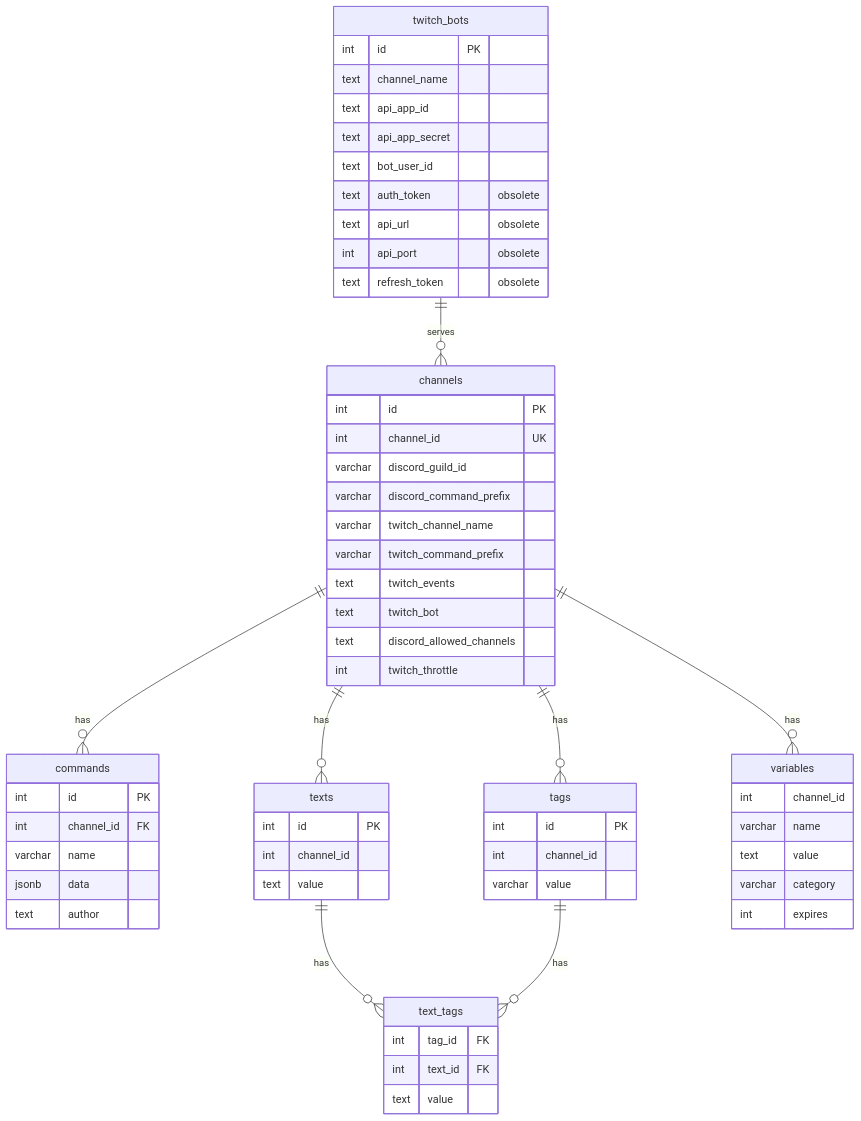
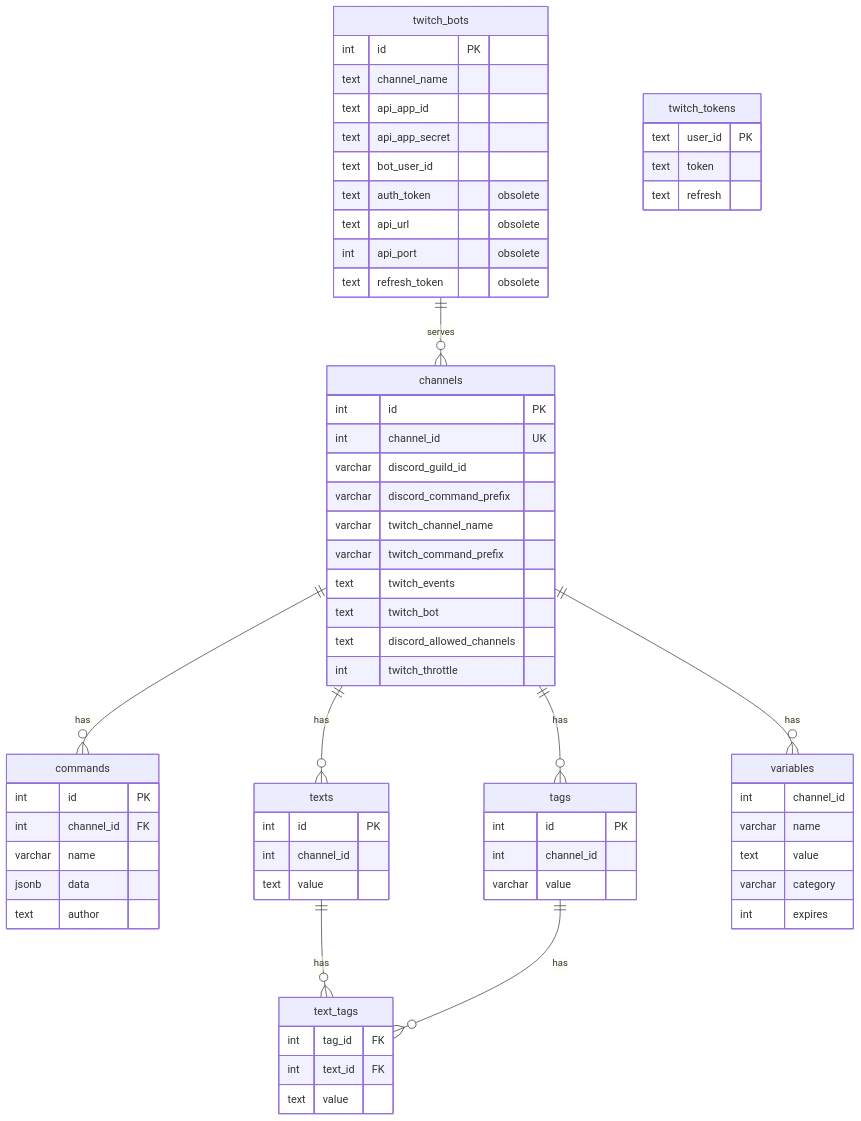
The third of 3 diagrams in docs/architecture.md (metaflow/moon-rabbit), drawn with Mermaid before and after one commit. The commit also changed 7 other files, not shown here.

````diff
--- a/docs/architecture.md
+++ b/docs/architecture.md
@@ -105,69 +105,75 @@
 ```mermaid
 erDiagram
     channels {
         int id PK
         int channel_id UK
         varchar discord_guild_id
         varchar discord_command_prefix
         varchar twitch_channel_name
         varchar twitch_command_prefix
         text twitch_events
         text twitch_bot
         text discord_allowed_channels
         int twitch_throttle
     }
 
     commands {
         int id PK
         int channel_id FK
         varchar name
         jsonb data
         text author
     }
 
     texts {
         int id PK
         int channel_id
         text value
     }
 
     tags {
         int id PK
         int channel_id
         varchar value
     }
 
     text_tags {
         int tag_id FK
         int text_id FK
         text value
     }
 
     variables {
         int channel_id
         varchar name
         text value
         varchar category
         int expires
     }
 
     twitch_bots {
         int id PK
         text channel_name
         text api_app_id
         text api_app_secret
         text bot_user_id
         text auth_token "obsolete"
         text api_url "obsolete"
         int api_port "obsolete"
         text refresh_token "obsolete"
     }
 
+    twitch_tokens {
+        text user_id PK
+        text token
+        text refresh
+    }
+
     channels ||--o{ commands : "has"
     channels ||--o{ texts : "has"
     channels ||--o{ tags : "has"
     channels ||--o{ variables : "has"
     texts ||--o{ text_tags : "has"
     tags ||--o{ text_tags : "has"
     twitch_bots ||--o{ channels : "serves"
 ```
````
